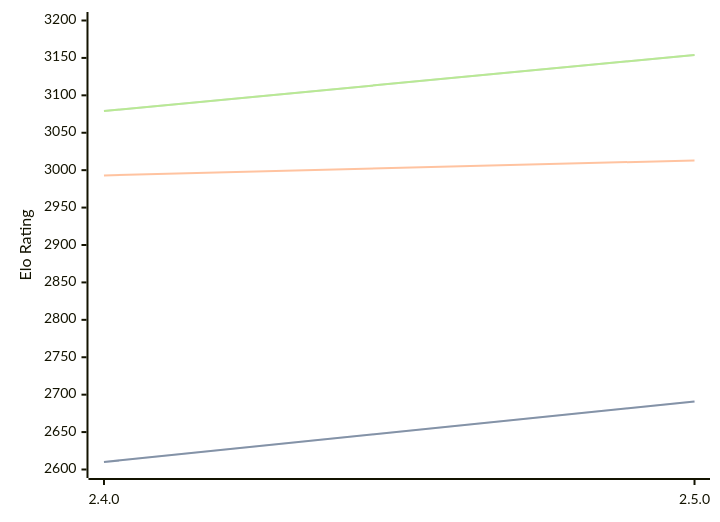
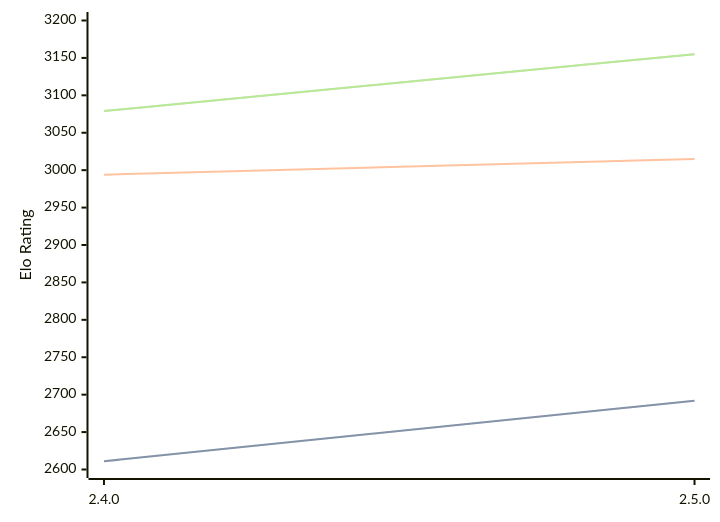
One commit to computer-chess-index/cci changed the first of 3 diagrams in engines/Sturddle2.md. Above: the diagram before and after it, drawn with Mermaid. The commit also changed other lines of this file, not shown here.

Commit message:
Update CCI Ratings (ELO VLTC) - 2026-07-02

````diff
--- a/engines/Sturddle2.md
+++ b/engines/Sturddle2.md
@@ -37,11 +37,11 @@
 ```mermaid
 %%{init: {"theme":"base","themeVariables":{"seriesColors:['#a3a3a3','#222221','#faa371']}}}%%
 xychart-beta
   x-axis ["2.4.0", "2.5.0"]
   y-axis "Elo Rating" 2600 --> 3200
-  line "STC (8.0+0.08s)" [2610, 2691]
-  line "STC (8.0+0.08s)" [2610, 2691]
-  line "LTC (60.0+0.60s)" [2993, 3013]
-  line "VLTC (2m24s+1.12s)" [3079, 3154]
-  line "VLTC (2m24s+1.12s)" [3079, 3154]
+  line "STC (8.0+0.08s)" [2611, 2692]
+  line "STC (8.0+0.08s)" [2611, 2692]
+  line "LTC (60.0+0.60s)" [2994, 3015]
+  line "VLTC (2m24s+1.12s)" [3079, 3155]
+  line "VLTC (2m24s+1.12s)" [3079, 3155]
 ```
````
